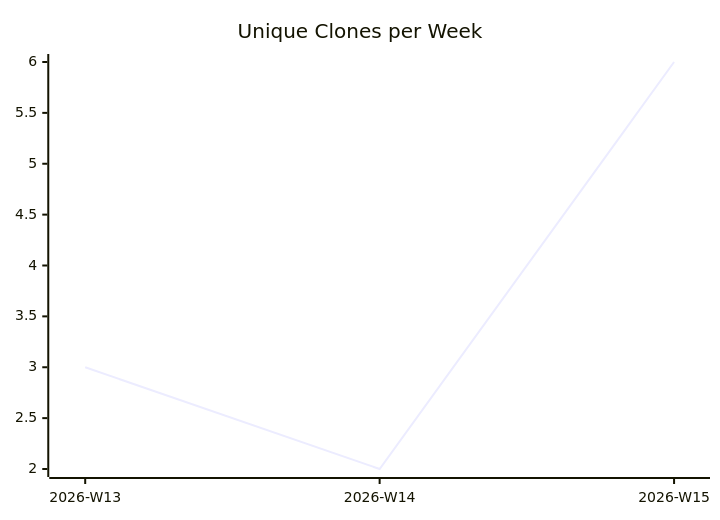
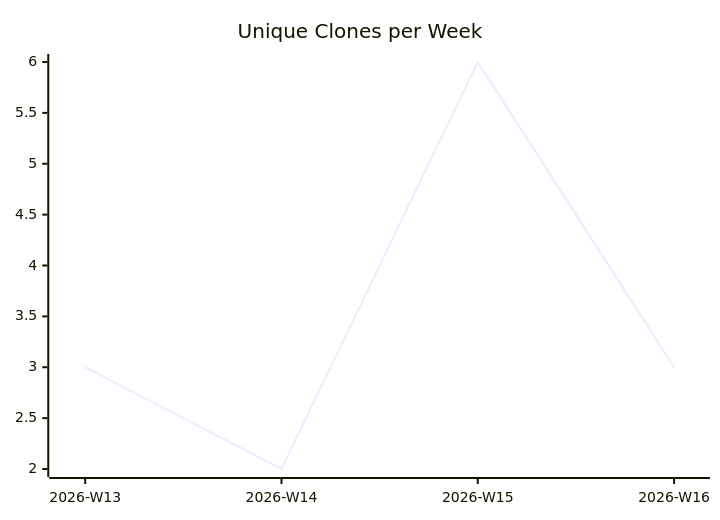
One commit to justdavis-family/github-analytics-data changed the third of 3 diagrams in karlmdavis/justdavis-ansible/README.md. Above: the diagram before and after it, drawn with Mermaid. The commit also changed other lines of this file and 176 other files, not shown here.

````diff
--- a/karlmdavis/justdavis-ansible/README.md
+++ b/karlmdavis/justdavis-ansible/README.md
@@ -19,6 +19,6 @@
 ```mermaid
 xychart-beta
   title "Unique Clones per Week"
-  x-axis ["2026-W13", "2026-W14", "2026-W15"]
-  line [3, 2, 6]
+  x-axis ["2026-W13", "2026-W14", "2026-W15", "2026-W16"]
+  line [3, 2, 6, 3]
 ```
````
